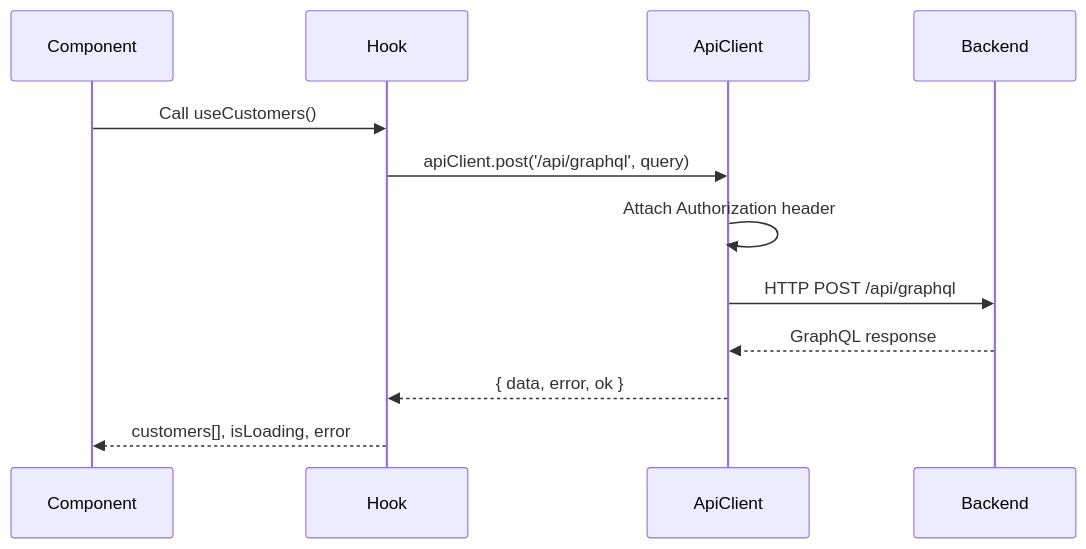
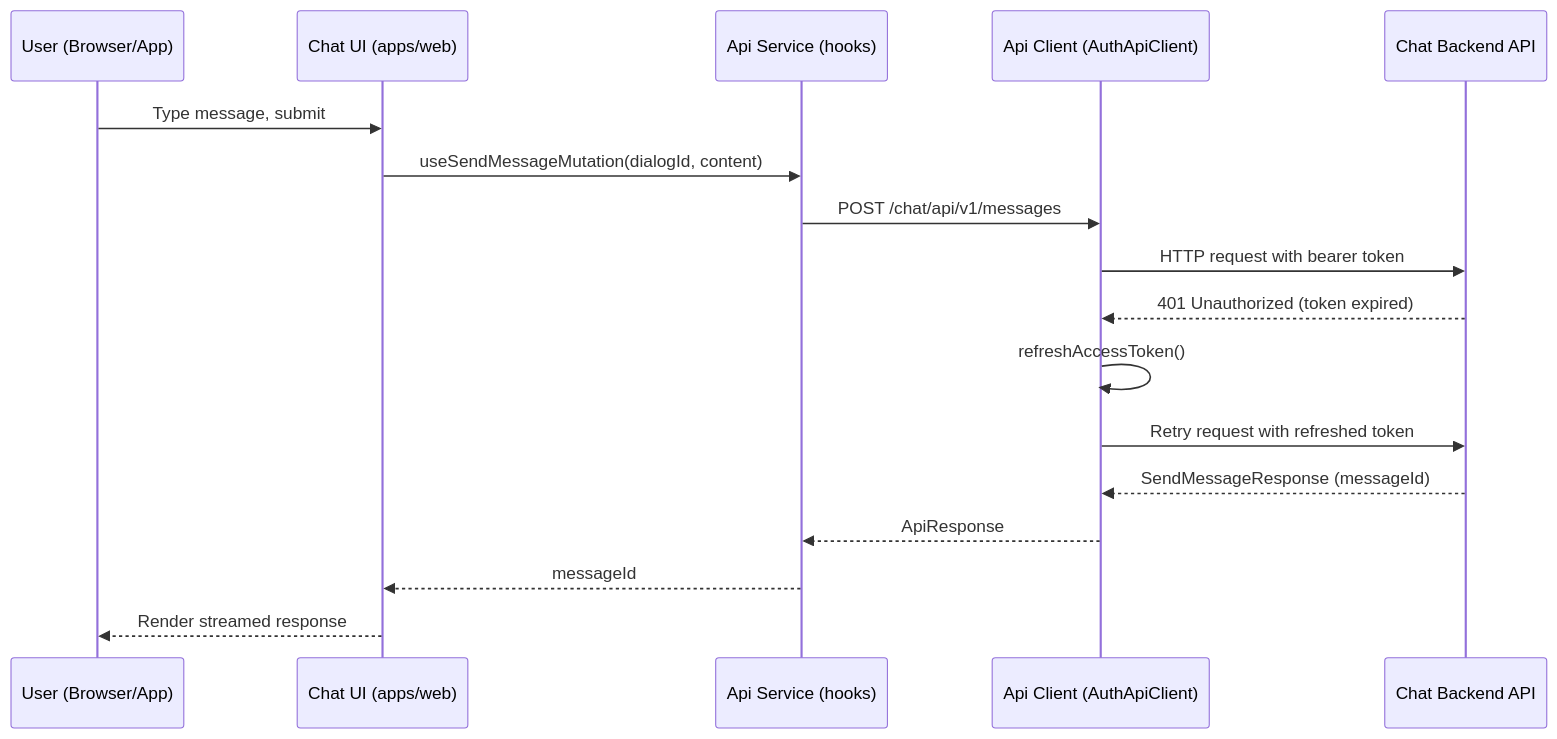
The third of 3 diagrams in docs/development/architecture/README.md (flamingo-stack/openframe-oss-frontend), drawn with Mermaid before and after one commit. The commit also changed other lines of this file and 13 other files, not shown here.

````diff
--- a/docs/development/architecture/README.md
+++ b/docs/development/architecture/README.md
@@ -126,15 +87,20 @@
 ```mermaid
 sequenceDiagram
-    participant Component
-    participant Hook
-    participant ApiClient
-    participant Backend
+    participant User as User (Browser/App)
+    participant UI as Chat UI (apps/web)
+    participant ApiService as Api Service (hooks)
+    participant ApiClient as Api Client (AuthApiClient)
+    participant Backend as Chat Backend API
 
-    Component->>Hook: Call useCustomers()
-    Hook->>ApiClient: apiClient.post('/api/graphql', query)
-    ApiClient->>ApiClient: Attach Authorization header
-    ApiClient->>Backend: HTTP POST /api/graphql
-    Backend-->>ApiClient: GraphQL response
-    ApiClient-->>Hook: { data, error, ok }
-    Hook-->>Component: customers[], isLoading, error
+    User->>UI: Type message, submit
+    UI->>ApiService: useSendMessageMutation(dialogId, content)
+    ApiService->>ApiClient: POST /chat/api/v1/messages
+    ApiClient->>Backend: HTTP request with bearer token
+    Backend-->>ApiClient: 401 Unauthorized (token expired)
+    ApiClient->>ApiClient: refreshAccessToken()
+    ApiClient->>Backend: Retry request with refreshed token
+    Backend-->>ApiClient: SendMessageResponse (messageId)
+    ApiClient-->>ApiService: ApiResponse
+    ApiService-->>UI: messageId
+    UI-->>User: Render streamed response
 ```
````
